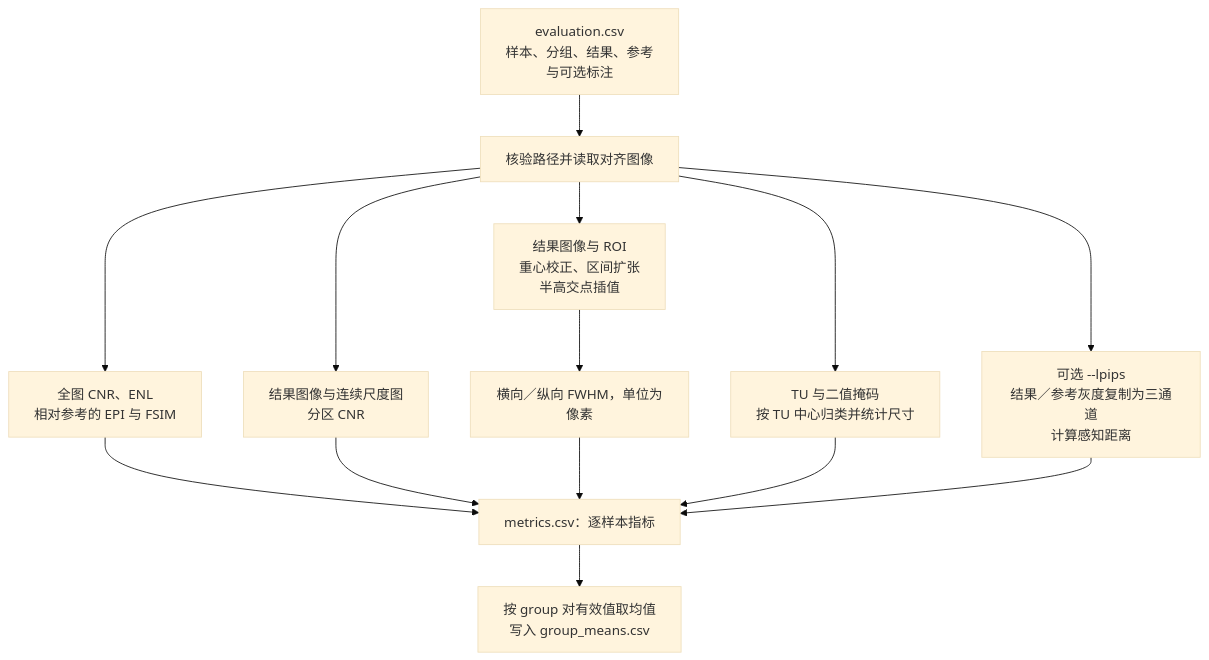
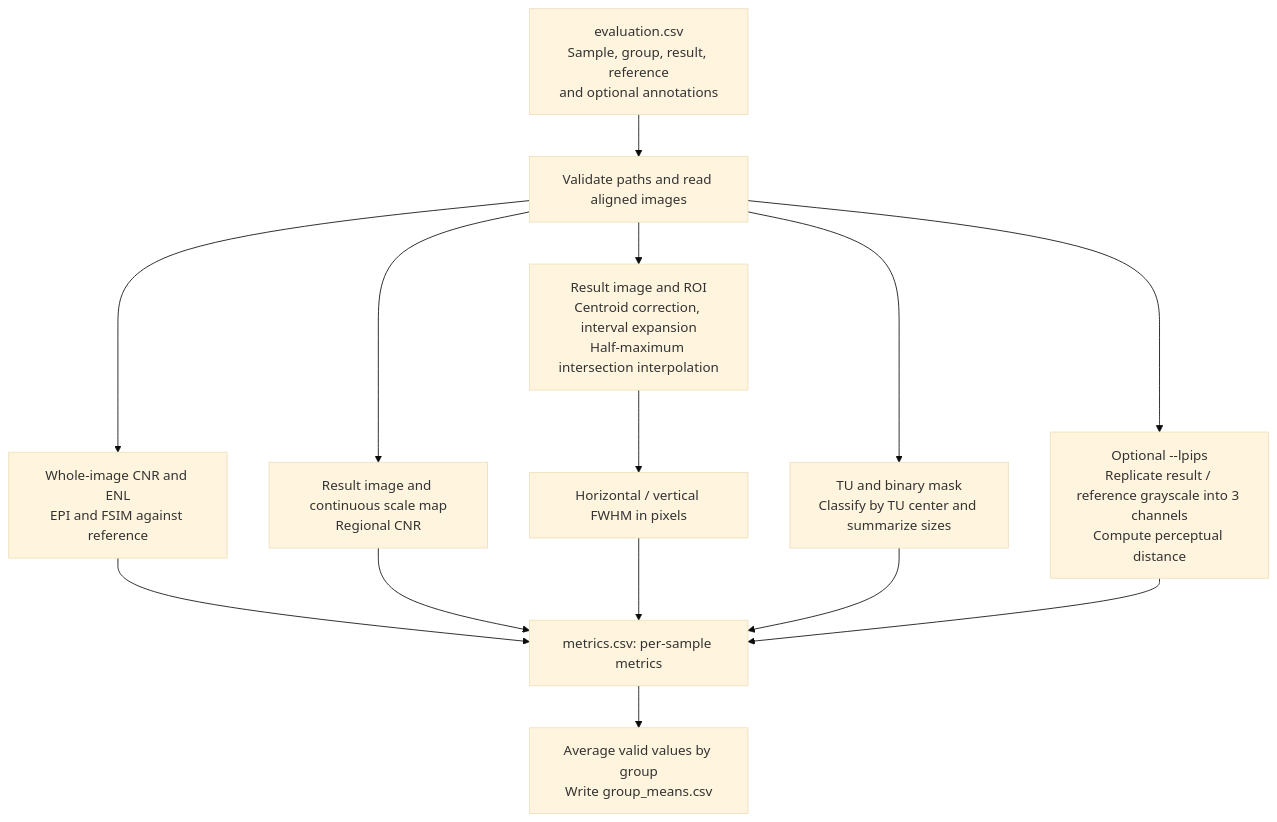
Before and after one commit to LumaVistaLab/hevc-ksvd-mamba-for-ultrasound: the seventh of 7 diagrams in README.md, drawn with Mermaid (base theme). The commit also changed other lines of this file and 3 other files, not shown here.

````diff
--- a/README.md
+++ b/README.md
@@ -613,16 +650,16 @@
 ```mermaid
 flowchart TD
-    Manifest["evaluation.csv<br/>样本、分组、结果、参考<br/>与可选标注"] --> Check["核验路径并读取对齐图像"]
-    Check --> Whole["全图 CNR、ENL<br/>相对参考的 EPI 与 FSIM"]
-    Check --> Region["结果图像与连续尺度图<br/>分区 CNR"]
-    Check --> Width["结果图像与 ROI<br/>重心校正、区间扩张<br/>半高交点插值"]
-    Width --> FWHM["横向／纵向 FWHM，单位为像素"]
-    Check --> Partition["TU 与二值掩码<br/>按 TU 中心归类并统计尺寸"]
-    Check --> LPIPS["可选 --lpips<br/>结果／参考灰度复制为三通道<br/>计算感知距离"]
-    Whole --> Metrics["metrics.csv：逐样本指标"]
+    Manifest["evaluation.csv<br/>Sample, group, result, reference<br/>and optional annotations"] --> Check["Validate paths and read aligned images"]
+    Check --> Whole["Whole-image CNR and ENL<br/>EPI and FSIM against reference"]
+    Check --> Region["Result image and continuous scale map<br/>Regional CNR"]
+    Check --> Width["Result image and ROI<br/>Centroid correction, interval expansion<br/>Half-maximum intersection interpolation"]
+    Width --> FWHM["Horizontal / vertical FWHM in pixels"]
+    Check --> Partition["TU and binary mask<br/>Classify by TU center and summarize sizes"]
+    Check --> LPIPS["Optional --lpips<br/>Replicate result / reference grayscale into 3 channels<br/>Compute perceptual distance"]
+    Whole --> Metrics["metrics.csv: per-sample metrics"]
     Region --> Metrics
     FWHM --> Metrics
     Partition --> Metrics
     LPIPS --> Metrics
-    Metrics --> Groups["按 group 对有效值取均值<br/>写入 group_means.csv"]
+    Metrics --> Groups["Average valid values by group<br/>Write group_means.csv"]
 ```
````
